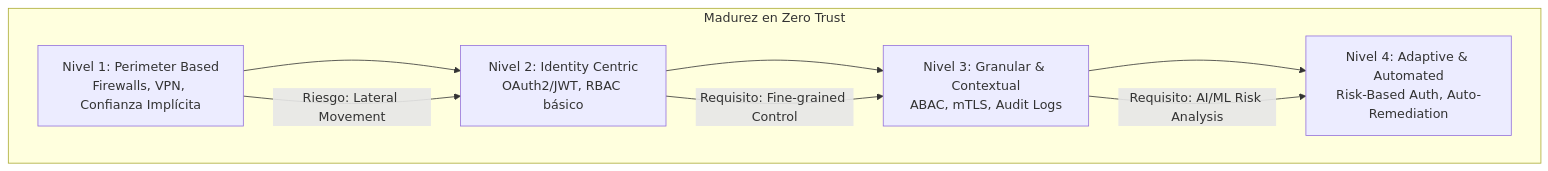
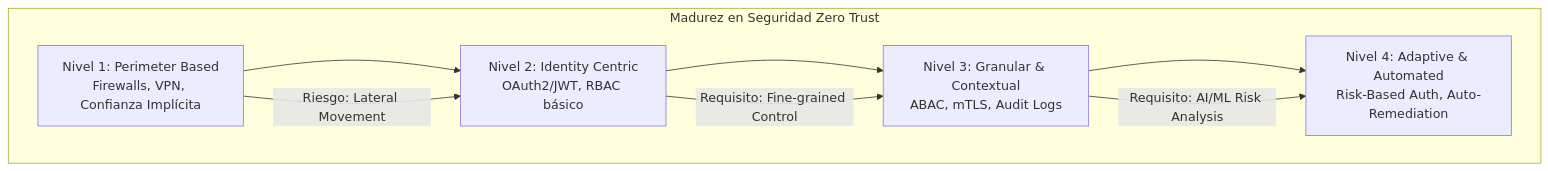
Before and after one commit to Joaquinriosheredia/DAM-Java-Mastery: the second of 2 diagrams in 06_Seguridad/zero_trust_identidad_como_perimetro_java_21_STAFF.md, drawn with Mermaid. The commit also changed other lines of this file, not shown here.

Commit message:
zero_trust_identidad_como_perimetro_java_21_STAFF.md

````diff
--- a/06_Seguridad/zero_trust_identidad_como_perimetro_java_21_STAFF.md
+++ b/06_Seguridad/zero_trust_identidad_como_perimetro_java_21_STAFF.md
@@ -374,13 +596,13 @@
 ```mermaid
 graph TD
-    subgraph "Madurez en Zero Trust"
+    subgraph "Madurez en Seguridad Zero Trust"
         L1[Nivel 1: Perimeter Based<br>Firewalls, VPN, Confianza Implícita] --> L2
         L2[Nivel 2: Identity Centric<br>OAuth2/JWT, RBAC básico] --> L3
         L3[Nivel 3: Granular & Contextual<br>ABAC, mTLS, Audit Logs] --> L4
         L4[Nivel 4: Adaptive & Automated<br>Risk-Based Auth, Auto-Remediation]
     end
     
     L1 -->|Riesgo: Lateral Movement| L2
     L2 -->|Requisito: Fine-grained Control| L3
     L3 -->|Requisito: AI/ML Risk Analysis| L4
 ```
````
